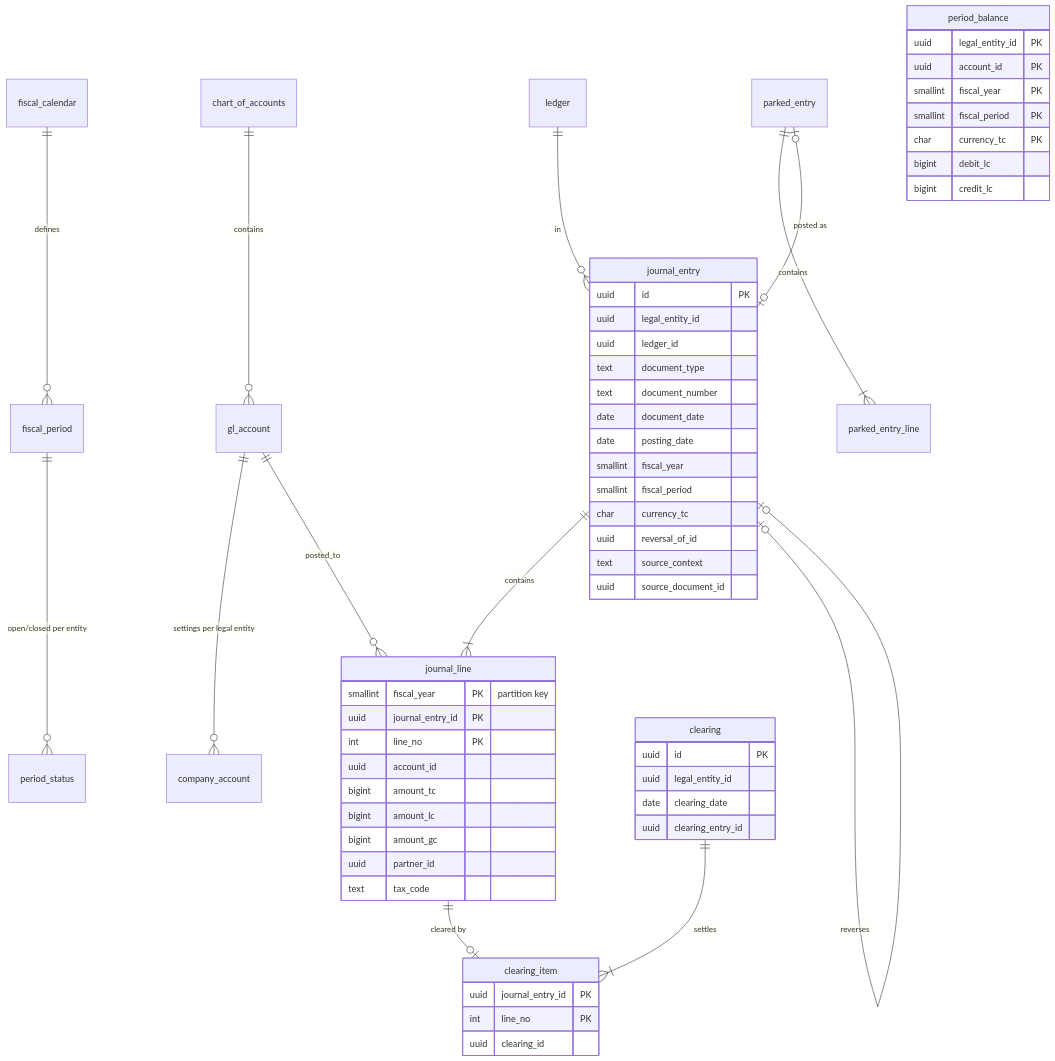
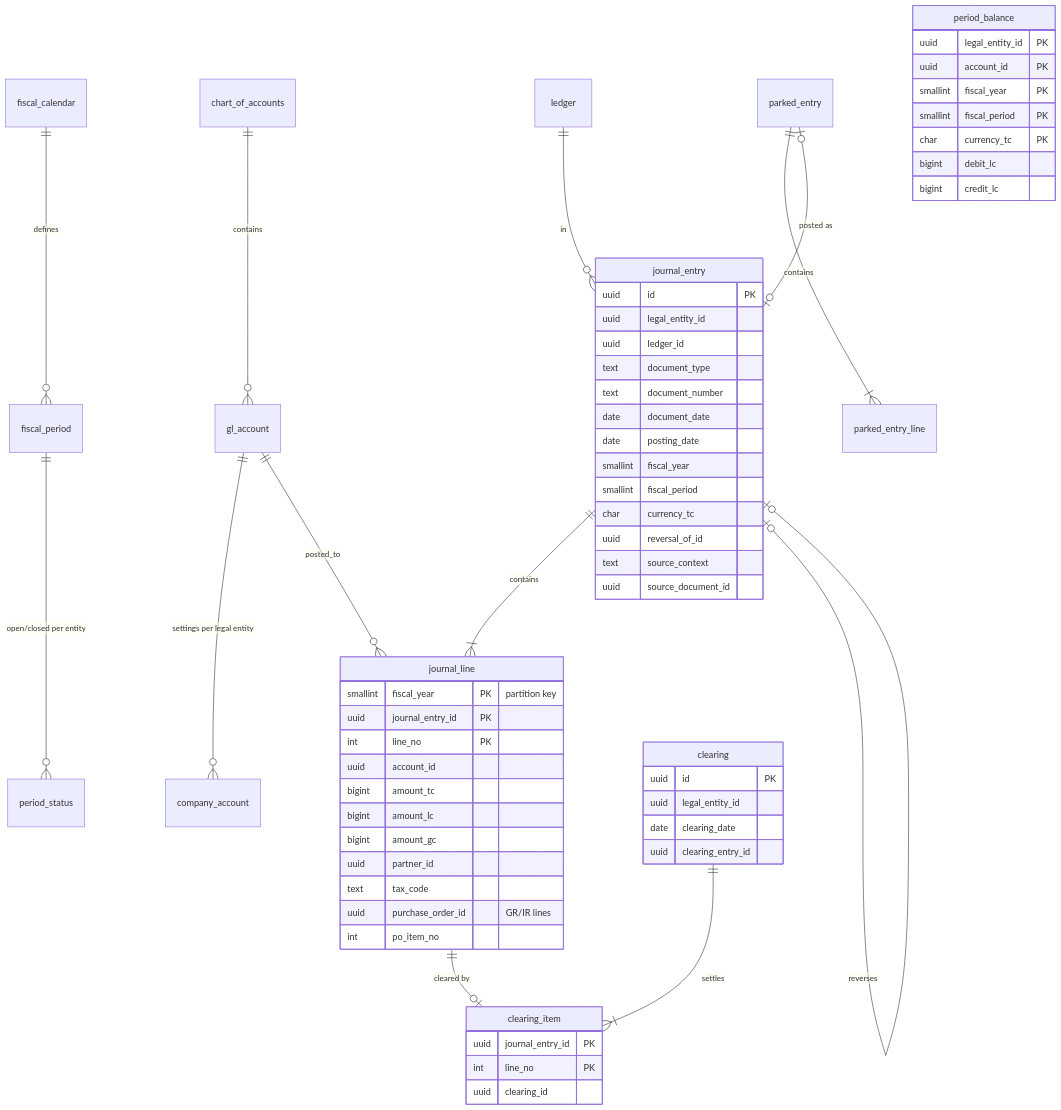
Before and after one commit to mustie7iy/agentic-erp: the fifth of 9 diagrams in docs/design/03-data-model.md, drawn with Mermaid. The commit also changed other lines of this file and 3 other files, not shown here.

First line of the commit message:
Schema for GR/IR clearing: order items on journal lines, order valuation (T33a)

````diff
--- a/docs/design/03-data-model.md
+++ b/docs/design/03-data-model.md
@@ -373,51 +373,53 @@
 ```mermaid
 erDiagram
   chart_of_accounts ||--o{ gl_account : contains
   gl_account ||--o{ company_account : "settings per legal entity"
   fiscal_calendar ||--o{ fiscal_period : defines
   fiscal_period ||--o{ period_status : "open/closed per entity"
   journal_entry ||--|{ journal_line : contains
   journal_entry |o--o| journal_entry : reverses
   clearing ||--|{ clearing_item : settles
   journal_line ||--o| clearing_item : "cleared by"
   gl_account ||--o{ journal_line : posted_to
   ledger ||--o{ journal_entry : in
   parked_entry ||--|{ parked_entry_line : contains
   parked_entry |o--o| journal_entry : "posted as"
   journal_entry { uuid id PK
     uuid legal_entity_id
     uuid ledger_id
     text document_type
     text document_number
     date document_date
     date posting_date
     smallint fiscal_year
     smallint fiscal_period
     char currency_tc
     uuid reversal_of_id
     text source_context
     uuid source_document_id }
   journal_line { smallint fiscal_year PK "partition key"
     uuid journal_entry_id PK
     int line_no PK
     uuid account_id
     bigint amount_tc
     bigint amount_lc
     bigint amount_gc
     uuid partner_id
-    text tax_code }
+    text tax_code
+    uuid purchase_order_id "GR/IR lines"
+    int po_item_no }
   clearing { uuid id PK
     uuid legal_entity_id
     date clearing_date
     uuid clearing_entry_id }
   clearing_item { uuid journal_entry_id PK
     int line_no PK
     uuid clearing_id }
   period_balance { uuid legal_entity_id PK
     uuid account_id PK
     smallint fiscal_year PK
     smallint fiscal_period PK
     char currency_tc PK
     bigint debit_lc
     bigint credit_lc }
 ```
````
